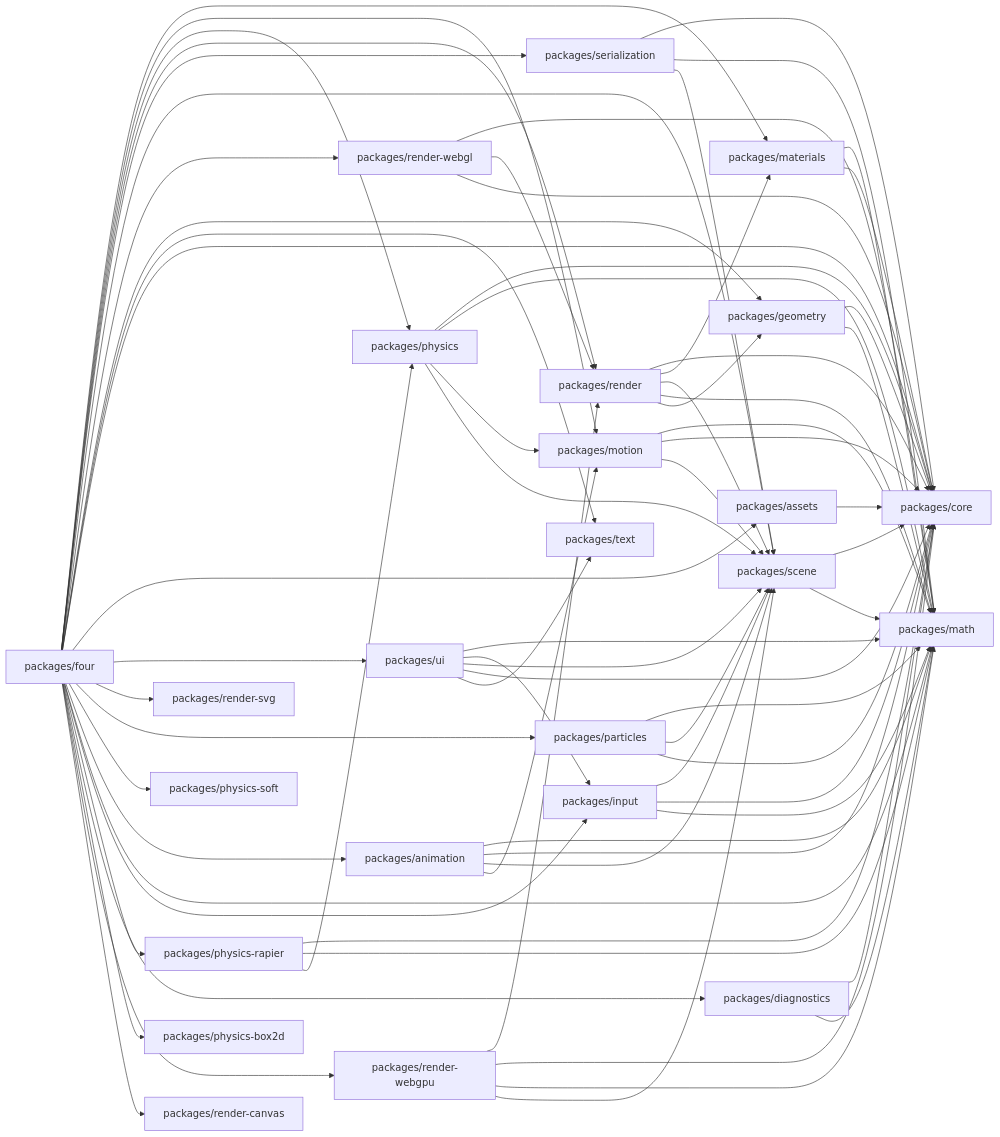
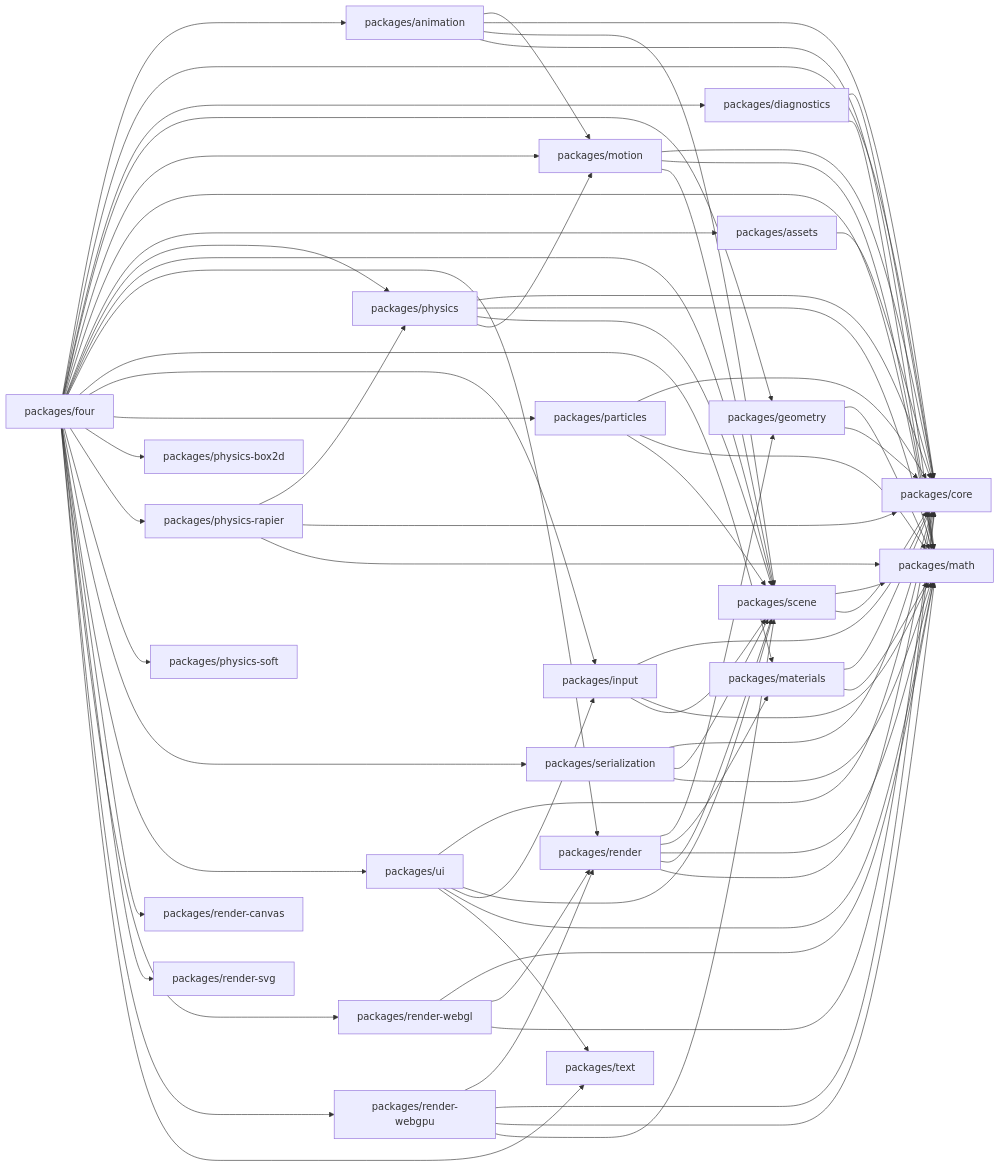
The first of 2 diagrams in docs/Architecture/DEPENDENCY_GRAPH.md (danielsimonjr/four.js), drawn with Mermaid before and after one commit. The commit also changed other lines of this file and 9 other files, not shown here.

First line of the commit message:
chore(docs): regenerate the architecture artifacts (stale since 09-06)

````diff
--- a/docs/Architecture/DEPENDENCY_GRAPH.md
+++ b/docs/Architecture/DEPENDENCY_GRAPH.md
@@ -108,99 +108,99 @@
 ```mermaid
 graph LR
-    P0[packages/render-webgpu]
-    P1[packages/text]
-    P2[packages/math]
-    P3[packages/ui]
-    P4[packages/serialization]
-    P5[packages/render-webgl]
-    P6[packages/physics-box2d]
-    P7[packages/core]
-    P8[packages/scene]
-    P9[packages/assets]
-    P10[packages/four]
-    P11[packages/render]
-    P12[packages/physics]
-    P13[packages/geometry]
-    P14[packages/materials]
-    P15[packages/render-canvas]
-    P16[packages/particles]
-    P17[packages/diagnostics]
-    P18[packages/physics-soft]
-    P19[packages/input]
-    P20[packages/animation]
-    P21[packages/render-svg]
-    P22[packages/motion]
-    P23[packages/physics-rapier]
-    P0 --> P11
-    P0 --> P7
+    P0[packages/animation]
+    P1[packages/assets]
+    P2[packages/core]
+    P3[packages/diagnostics]
+    P4[packages/four]
+    P5[packages/geometry]
+    P6[packages/input]
+    P7[packages/materials]
+    P8[packages/math]
+    P9[packages/motion]
+    P10[packages/particles]
+    P11[packages/physics]
+    P12[packages/physics-box2d]
+    P13[packages/physics-rapier]
+    P14[packages/physics-soft]
+    P15[packages/render]
+    P16[packages/render-canvas]
+    P17[packages/render-svg]
+    P18[packages/render-webgl]
+    P19[packages/render-webgpu]
+    P20[packages/scene]
+    P21[packages/serialization]
+    P22[packages/text]
+    P23[packages/ui]
+    P0 --> P9
     P0 --> P2
+    P0 --> P20
     P0 --> P8
+    P1 --> P2
     P3 --> P2
-    P3 --> P19
     P3 --> P8
-    P3 --> P7
-    P3 --> P1
+    P4 --> P0
+    P4 --> P2
+    P4 --> P3
+    P4 --> P5
+    P4 --> P9
+    P4 --> P8
+    P4 --> P1
+    P4 --> P11
+    P4 --> P20
+    P4 --> P15
     P4 --> P7
-    P4 --> P2
-    P4 --> P8
+    P4 --> P6
+    P4 --> P10
+    P4 --> P12
+    P4 --> P13
+    P4 --> P14
+    P4 --> P21
+    P4 --> P23
+    P4 --> P16
+    P4 --> P17
+    P4 --> P18
+    P4 --> P19
+    P4 --> P22
+    P5 --> P8
     P5 --> P2
-    P5 --> P11
-    P5 --> P7
-    P8 --> P7
-    P8 --> P2
-    P9 --> P7
-    P10 --> P14
-    P10 --> P22
-    P10 --> P12
-    P10 --> P11
-    P10 --> P4
+    P6 --> P2
+    P6 --> P8
+    P6 --> P20
+    P7 --> P2
+    P7 --> P8
+    P9 --> P2
+    P9 --> P8
+    P9 --> P20
+    P10 --> P2
     P10 --> P8
-    P10 --> P5
-    P10 --> P13
-    P10 --> P1
-    P10 --> P7
-    P10 --> P9
-    P10 --> P3
-    P10 --> P21
-    P10 --> P16
-    P10 --> P18
     P10 --> P20
-    P10 --> P2
-    P10 --> P19
-    P10 --> P23
-    P10 --> P17
-    P10 --> P6
-    P10 --> P0
-    P10 --> P15
-    P11 --> P7
-    P11 --> P14
+    P11 --> P2
     P11 --> P8
-    P11 --> P2
-    P11 --> P13
-    P12 --> P7
-    P12 --> P2
-    P12 --> P22
-    P12 --> P8
-    P13 --> P7
+    P11 --> P20
+    P11 --> P9
+    P13 --> P11
     P13 --> P2
-    P14 --> P2
-    P14 --> P7
-    P16 --> P2
-    P16 --> P8
-    P16 --> P7
-    P17 --> P7
-    P17 --> P2
+    P13 --> P8
+    P15 --> P5
+    P15 --> P7
+    P15 --> P8
+    P15 --> P20
+    P15 --> P2
+    P18 --> P8
+    P18 --> P15
+    P18 --> P2
+    P19 --> P15
+    P19 --> P2
     P19 --> P8
-    P19 --> P7
-    P19 --> P2
+    P19 --> P20
+    P20 --> P8
     P20 --> P2
-    P20 --> P7
-    P20 --> P8
-    P20 --> P22
-    P22 --> P2
-    P22 --> P7
-    P22 --> P8
-    P23 --> P7
+    P21 --> P2
+    P21 --> P20
+    P21 --> P8
     P23 --> P2
-    P23 --> P12
+    P23 --> P20
+    P23 --> P6
+    P23 --> P8
+    P23 --> P22
 ```
````
